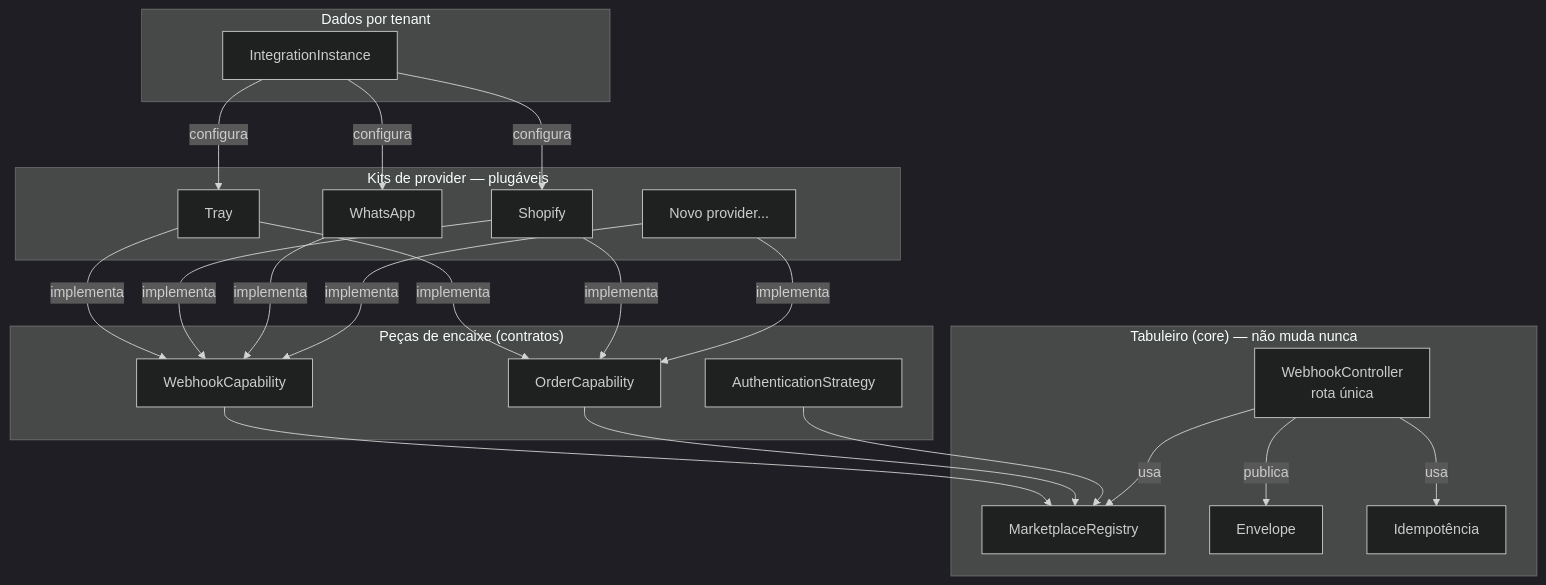
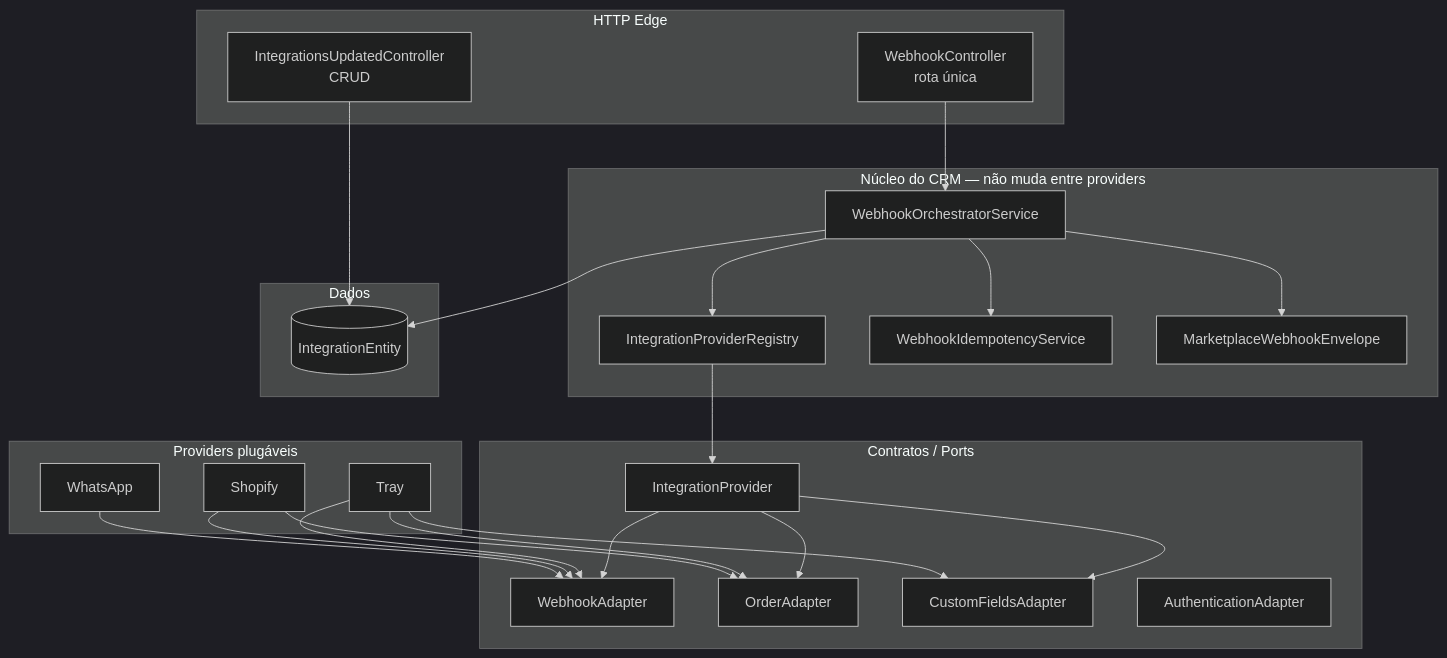
The first of 3 diagrams in README.md (arthurhzk/arch-md), drawn with Mermaid (dark theme) before and after one commit. The commit also changed other lines of this file, not shown here.

````diff
--- a/README.md
+++ b/README.md
@@ -30,46 +41,49 @@
 ```mermaid
 graph TB
-    subgraph Core["Tabuleiro (core) — não muda nunca"]
-        REG[MarketplaceRegistry]
-        ENV[Envelope]
-        CTRL[WebhookController<br/>rota única]
-        IDM[Idempotência]
+    subgraph HTTP["HTTP Edge"]
+        WC[WebhookController<br/>rota única]
+        IC[IntegrationsUpdatedController<br/>CRUD]
     end
 
-    subgraph Capabilities["Peças de encaixe (contratos)"]
-        WEB[WebhookCapability]
-        ORD[OrderCapability]
-        AUTH[AuthenticationStrategy]
+    subgraph Core["Núcleo do CRM — não muda entre providers"]
+        REG[IntegrationProviderRegistry]
+        ORC[WebhookOrchestratorService]
+        IDM[WebhookIdempotencyService]
+        ENV[MarketplaceWebhookEnvelope]
     end
 
-    subgraph Providers["Kits de provider — plugáveis"]
+    subgraph Ports["Contratos / Ports"]
+        WEB[WebhookAdapter]
+        ORD[OrderAdapter]
+        CF[CustomFieldsAdapter]
+        AUTH[AuthenticationAdapter]
+        IP[IntegrationProvider]
+    end
+
+    subgraph Providers["Providers plugáveis"]
         TRAY[Tray]
         SHO[Shopify]
         WHA[WhatsApp]
-        NOVO[Novo provider...]
     end
 
-    subgraph Tenant["Dados por tenant"]
-        INST[IntegrationInstance]
+    subgraph Data["Dados"]
+        INT[(IntegrationEntity)]
     end
 
-    TRAY -->|implementa| WEB
-    TRAY -->|implementa| ORD
-    SHO -->|implementa| WEB
-    SHO -->|implementa| ORD
-    WHA -->|implementa| WEB
-    NOVO -->|implementa| WEB
-    NOVO -->|implementa| ORD
-
-    WEB --> REG
-    ORD --> REG
-    AUTH --> REG
-
-    CTRL -->|usa| REG
-    CTRL -->|usa| IDM
-    CTRL -->|publica| ENV
-
-    INST -->|configura| TRAY
-    INST -->|configura| SHO
-    INST -->|configura| WHA
+    WC --> ORC
+    ORC --> REG
+    ORC --> IDM
+    ORC --> ENV
+    REG --> IP
+    IP --> WEB
+    IP --> ORD
+    IP --> CF
+    TRAY --> WEB
+    TRAY --> ORD
+    TRAY --> CF
+    SHO --> WEB
+    SHO --> ORD
+    WHA --> WEB
+    IC --> INT
+    ORC --> INT
 ```
````
